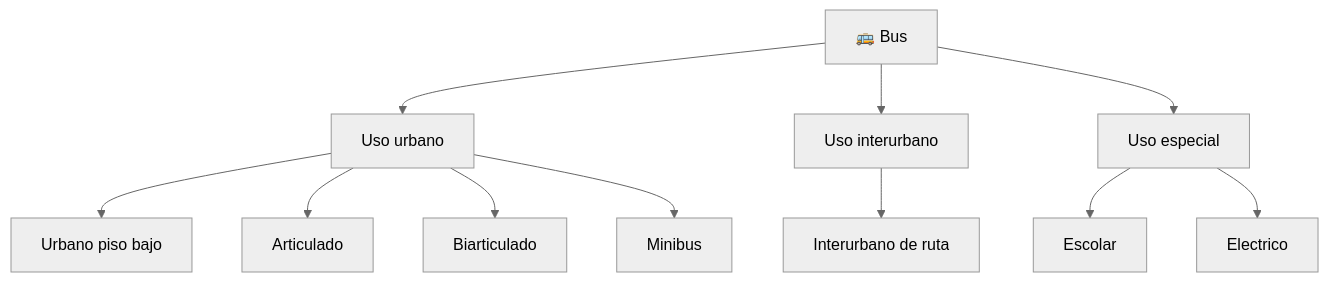
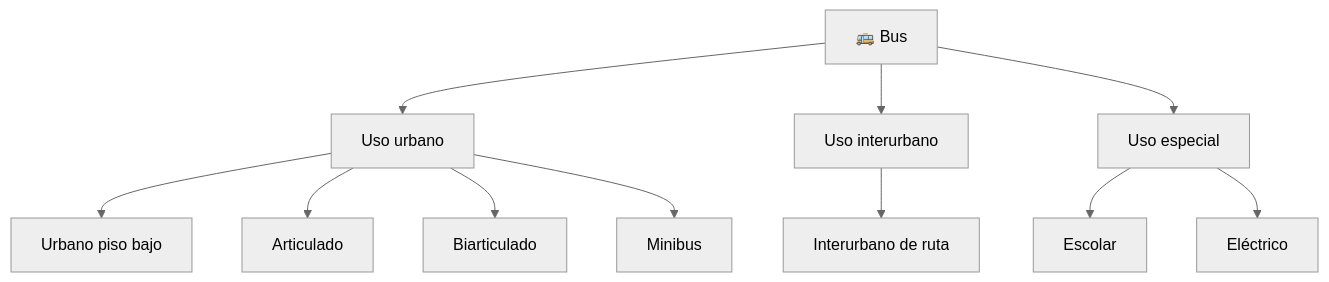
Before and after one commit to vladimiracunadev-create/machine-operator-program: the diagram in vehiculos/buses/operacion/caracteristicas-bus.md, drawn with Mermaid (neutral theme). The commit also changed other lines of this file and 442 other files, not shown here.

````diff
--- a/vehiculos/buses/operacion/caracteristicas-bus.md
+++ b/vehiculos/buses/operacion/caracteristicas-bus.md
@@ -36,13 +36,13 @@
 ```mermaid
 flowchart TD
     Bus[🚌 Bus] --> Urbano[Uso urbano]
     Bus --> Interurbano[Uso interurbano]
     Bus --> Especial[Uso especial]
     Urbano --> Estandar[Urbano piso bajo]
     Urbano --> Articulado[Articulado]
     Urbano --> Biarticulado[Biarticulado]
     Urbano --> Mini[Minibus]
     Interurbano --> Ruta[Interurbano de ruta]
     Especial --> Escolar[Escolar]
-    Especial --> Electrico[Electrico]
+    Especial --> Electrico[Eléctrico]
 ```
````
